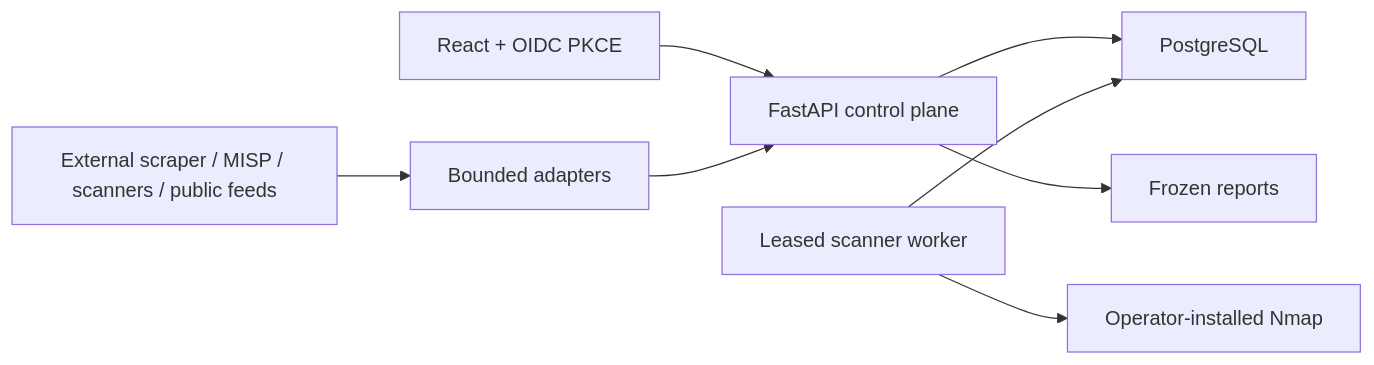
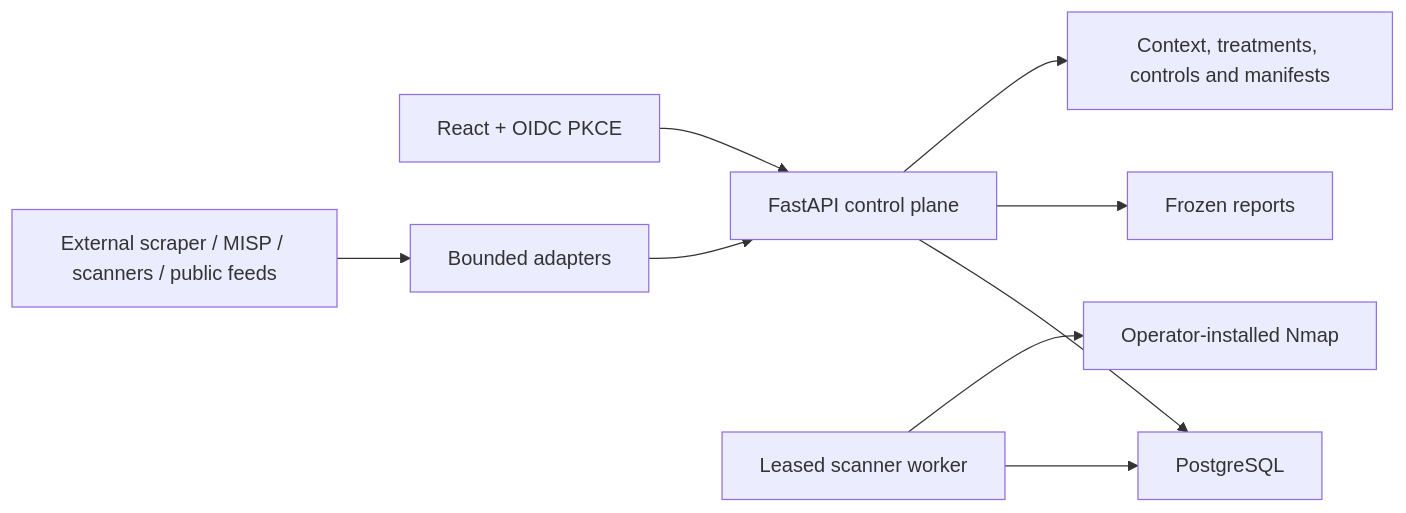
Before and after one commit to pilotens/traceless: the diagram in docs/architecture.md, drawn with Mermaid. The commit also changed other lines of this file, not shown here.

Commit message:
Document governance architecture boundary

````diff
--- a/docs/architecture.md
+++ b/docs/architecture.md
@@ -9,10 +9,11 @@
 ```mermaid
 flowchart LR
     Browser["React + OIDC PKCE"] --> API["FastAPI control plane"]
     API --> DB["PostgreSQL"]
     Worker["Leased scanner worker"] --> DB
     Worker --> Scanner["Operator-installed Nmap"]
     Sources["External scraper / MISP / scanners / public feeds"] --> Adapters["Bounded adapters"]
     Adapters --> API
     API --> Reports["Frozen reports"]
+    API --> Governance["Context, treatments, controls and manifests"]
 ```
````
